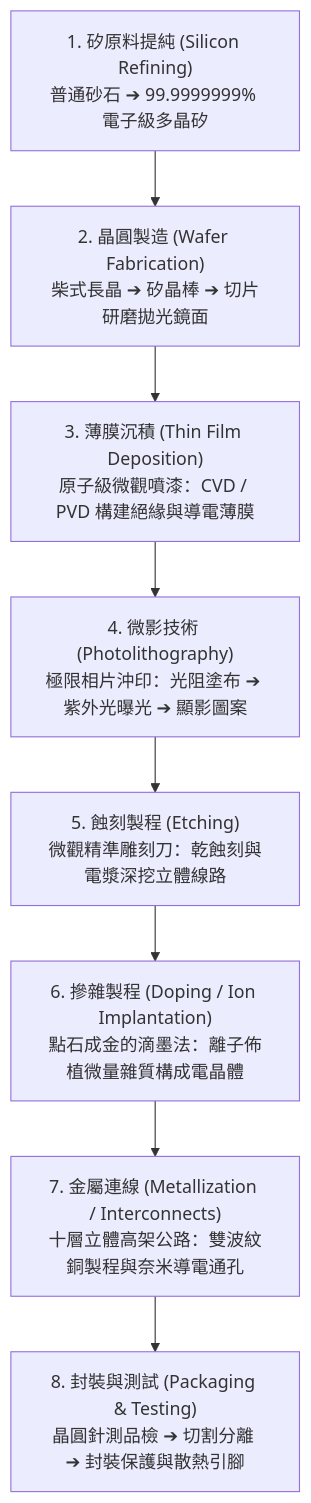
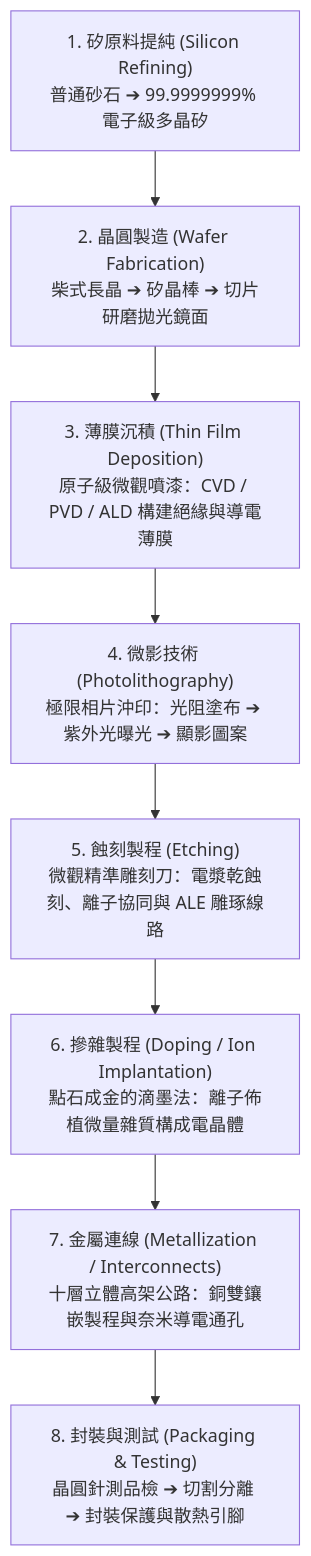
Before and after one commit to Lydia12162002/Sand-to-Silicon-Wiki: the diagram in wiki/index.md, drawn with Mermaid. The commit also changed other lines of this file and 11 other files, not shown here.

````diff
--- a/wiki/index.md
+++ b/wiki/index.md
@@ -23,10 +25,10 @@
 ```mermaid
 flowchart TD
     S1["1. 矽原料提純 (Silicon Refining)<br/>普通砂石 ➔ 99.9999999% 電子級多晶矽"] --> S2["2. 晶圓製造 (Wafer Fabrication)<br/>柴式長晶 ➔ 矽晶棒 ➔ 切片研磨拋光鏡面"]
-    S2 --> S3["3. 薄膜沉積 (Thin Film Deposition)<br/>原子級微觀噴漆：CVD / PVD 構建絕緣與導電薄膜"]
+    S2 --> S3["3. 薄膜沉積 (Thin Film Deposition)<br/>原子級微觀噴漆：CVD / PVD / ALD 構建絕緣與導電薄膜"]
     S3 --> S4["4. 微影技術 (Photolithography)<br/>極限相片沖印：光阻塗布 ➔ 紫外光曝光 ➔ 顯影圖案"]
-    S4 --> S5["5. 蝕刻製程 (Etching)<br/>微觀精準雕刻刀：乾蝕刻與電漿深挖立體線路"]
+    S4 --> S5["5. 蝕刻製程 (Etching)<br/>微觀精準雕刻刀：電漿乾蝕刻、離子協同與 ALE 雕琢線路"]
     S5 --> S6["6. 摻雜製程 (Doping / Ion Implantation)<br/>點石成金的滴墨法：離子佈植微量雜質構成電晶體"]
-    S6 --> S7["7. 金屬連線 (Metallization / Interconnects)<br/>十層立體高架公路：雙波紋銅製程與奈米導電通孔"]
+    S6 --> S7["7. 金屬連線 (Metallization / Interconnects)<br/>十層立體高架公路：銅雙鑲嵌製程與奈米導電通孔"]
     S7 --> S8["8. 封裝與測試 (Packaging & Testing)<br/>晶圓針測品檢 ➔ 切割分離 ➔ 封裝保護與散熱引腳"]
 ```
````
